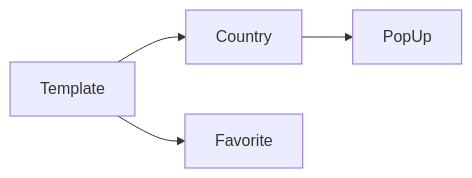
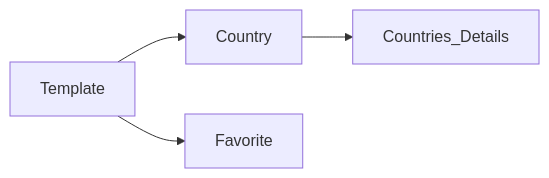
Before and after one commit to TuanDao-0110/countries_data_app: the first of 2 diagrams in README.md, drawn with Mermaid. The commit also changed other lines of this file and 8 other files, not shown here.

````diff
--- a/README.md
+++ b/README.md
@@ -27,7 +27,7 @@
 ```mermaid
 graph LR;
     Template-->Country
     Template-->Favorite
-    Country-->PopUp
+    Country-->Countries_Details
 
 ```
````
